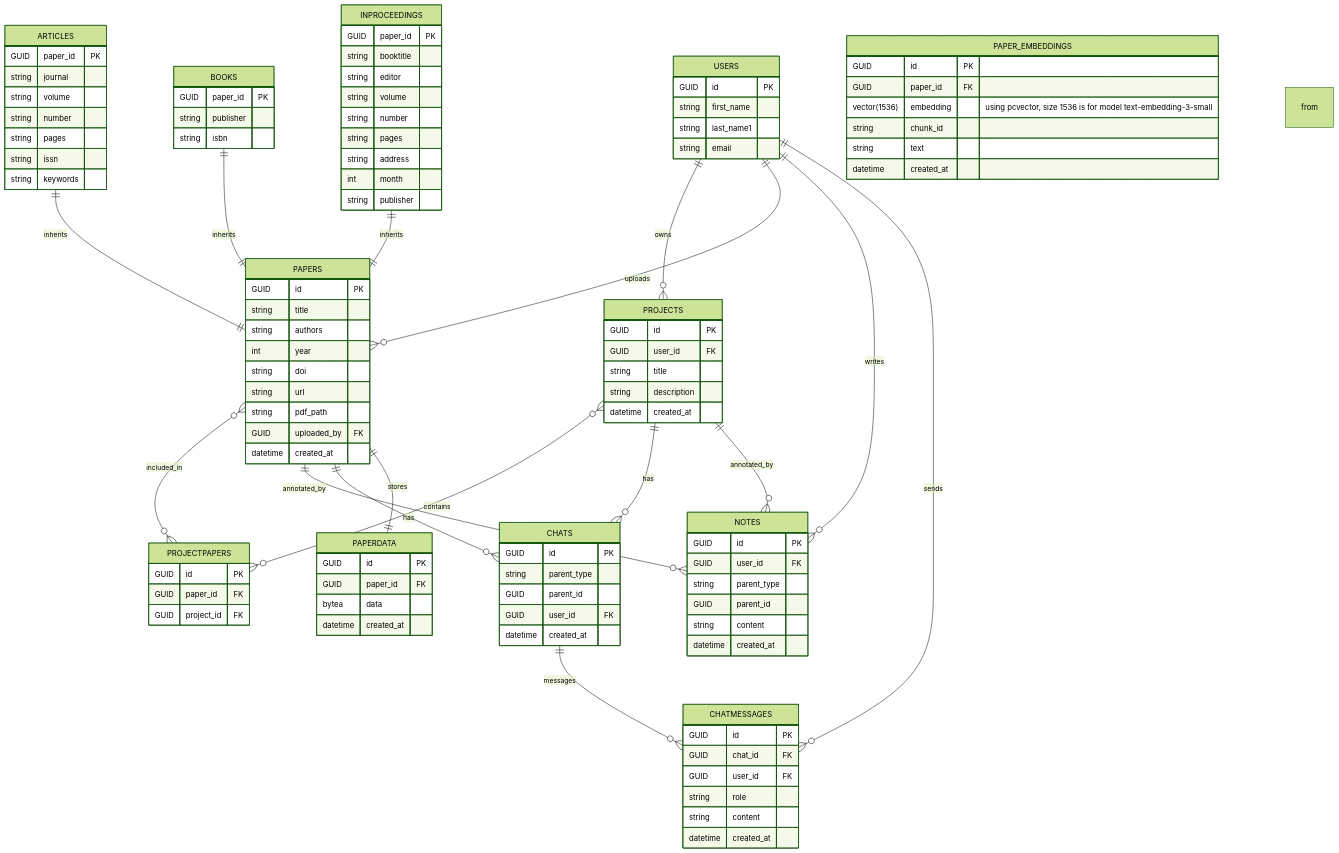
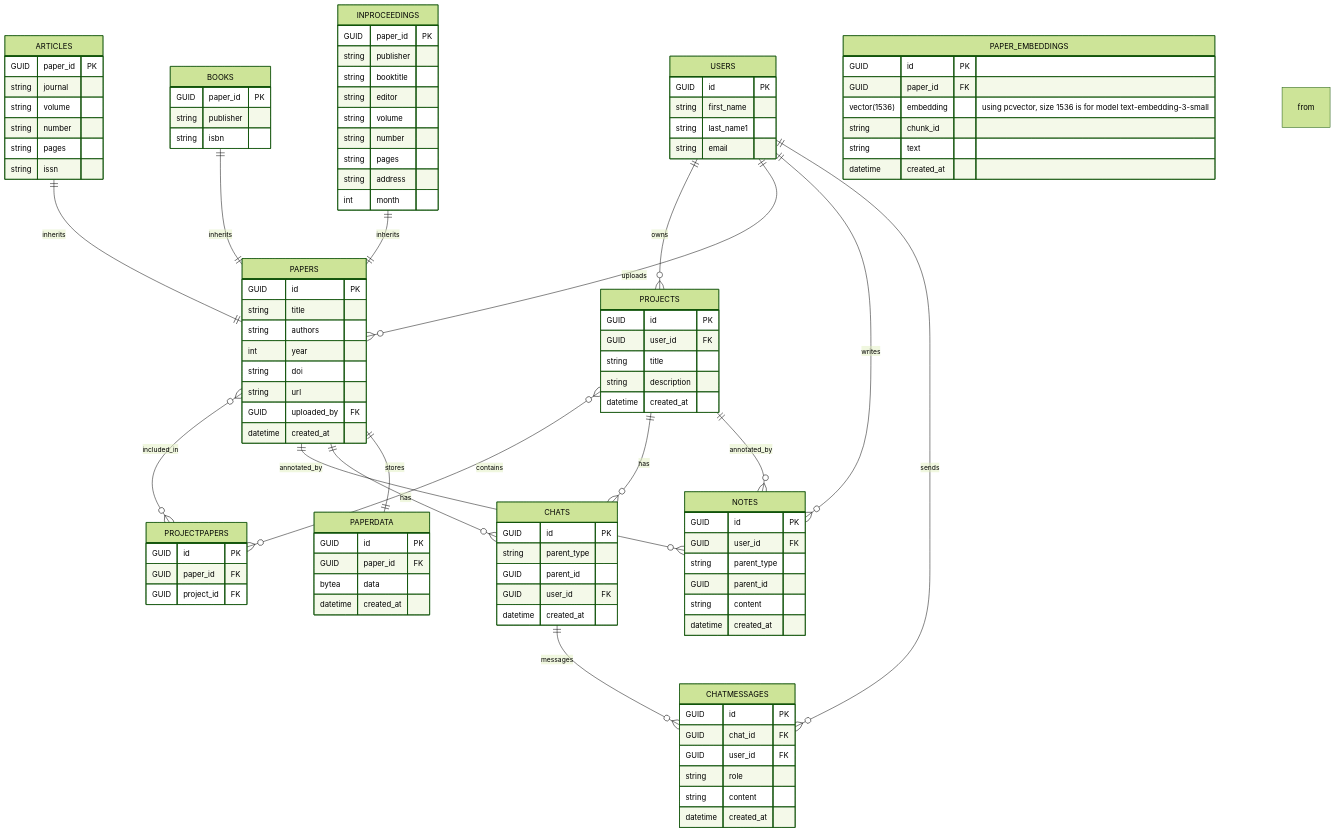
One commit to hustlernils/paper-buddy changed the diagram in docs/database/database-design.md. Above: the diagram before and after it, drawn with Mermaid (forest theme). The commit also changed 2 other files, not shown here.

Commit message:
add database migration file

```diff
--- a/docs/database/database-design.md
+++ b/docs/database/database-design.md
@@ -20,7 +20,6 @@
         int year
         string doi
         string url
-        string pdf_path
         GUID uploaded_by FK
         datetime created_at
     }
@@ -36,10 +35,10 @@
         string number
         string pages
         string issn
-        string keywords
     }
     INPROCEEDINGS {
         GUID paper_id PK
+        string publisher
         string booktitle
         string editor
         string volume
@@ -47,7 +46,6 @@
         string pages
         string address
         int month
-        string publisher
     }
     PAPERDATA {
         GUID id PK
```
